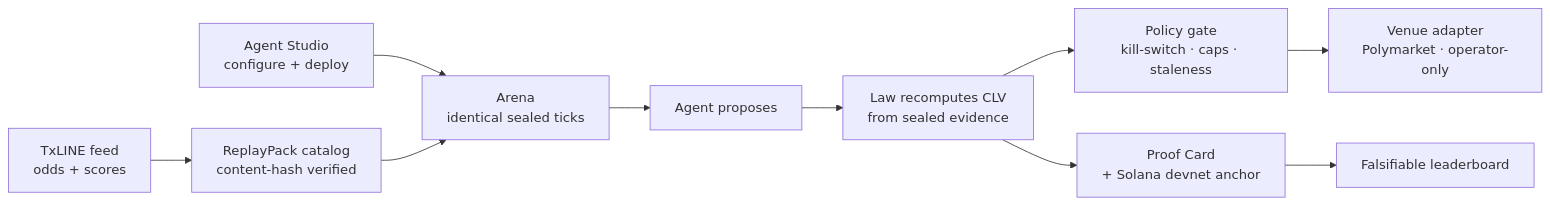
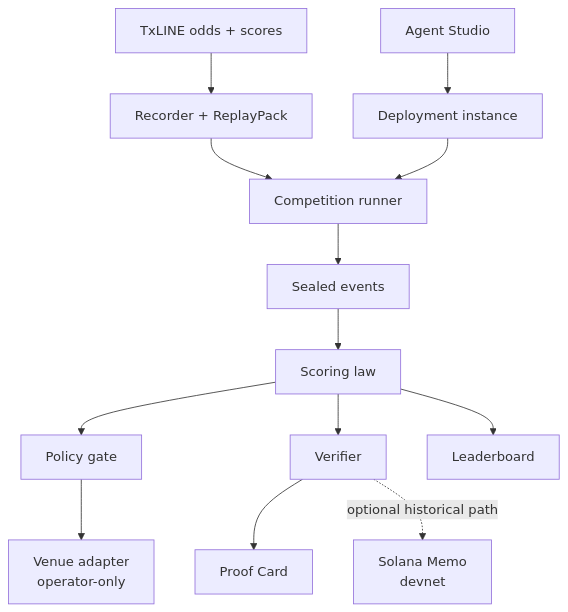
The diagram in README.md (degencodebeast/veridex), drawn with Mermaid before and after one commit. The commit also changed other lines of this file, not shown here.

````diff
--- a/README.md
+++ b/README.md
@@ -149,12 +259,15 @@
 ```mermaid
-flowchart LR
-  TX["TxLINE feed<br/>odds + scores"] --> CAT["ReplayPack catalog<br/>content-hash verified"]
-  STU["Agent Studio<br/>configure + deploy"] --> AR["Arena<br/>identical sealed ticks"]
-  CAT --> AR
-  AR --> AG["Agent proposes"]
-  AG --> LAW["Law recomputes CLV<br/>from sealed evidence"]
-  LAW --> POL["Policy gate<br/>kill-switch · caps · staleness"]
-  POL --> VEN["Venue adapter<br/>Polymarket · operator-only"]
-  LAW --> PR["Proof Card<br/>+ Solana devnet anchor"]
-  PR --> LB["Falsifiable leaderboard"]
+flowchart TB
+  TX["TxLINE odds + scores"] --> PACK["Recorder + ReplayPack"]
+  STUDIO["Agent Studio"] --> DEPLOY["Deployment instance"]
+  PACK --> RUN["Competition runner"]
+  DEPLOY --> RUN
+  RUN --> EVENTS["Sealed events"]
+  EVENTS --> LAW["Scoring law"]
+  LAW --> POLICY["Policy gate"]
+  POLICY --> VENUE["Venue adapter<br/>operator-only"]
+  LAW --> VERIFY["Verifier"]
+  VERIFY --> PROOF["Proof Card"]
+  LAW --> BOARD["Leaderboard"]
+  VERIFY -. optional historical path .-> SOL["Solana Memo<br/>devnet"]
 ```
````
